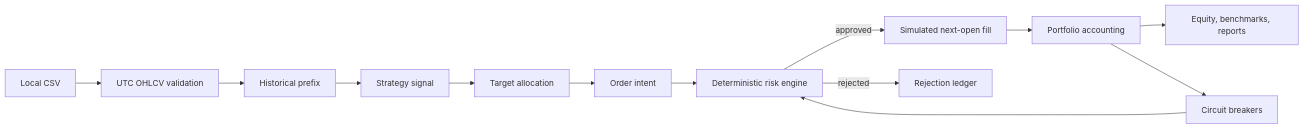
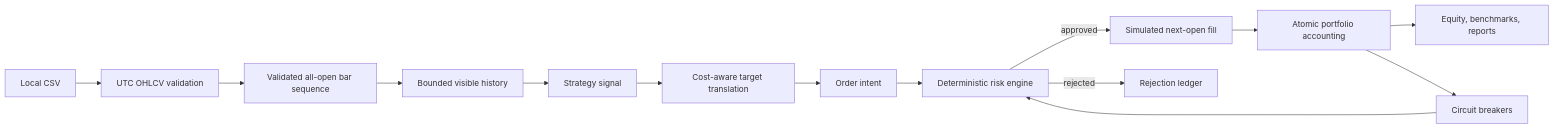
The second of 3 diagrams in docs/architecture.md (WaZaHaKa/trading-bot-lab), drawn with Mermaid before and after one commit. The commit also changed other lines of this file and 85 other files, not shown here.

````diff
--- a/docs/architecture.md
+++ b/docs/architecture.md
@@ -8,15 +26,16 @@
 ```mermaid
 flowchart LR
     A["Local CSV"] --> B["UTC OHLCV validation"]
-    B --> C["Historical prefix"]
-    C --> D["Strategy signal"]
-    D --> E["Target allocation"]
-    E --> F["Order intent"]
-    F --> G["Deterministic risk engine"]
-    G -->|"approved"| H["Simulated next-open fill"]
-    G -->|"rejected"| I["Rejection ledger"]
-    H --> J["Portfolio accounting"]
-    J --> K["Equity, benchmarks, reports"]
-    J --> L["Circuit breakers"]
-    L --> G
+    B --> C["Validated all-open bar sequence"]
+    C --> D["Bounded visible history"]
+    D --> E["Strategy signal"]
+    E --> F["Cost-aware target translation"]
+    F --> G["Order intent"]
+    G --> H["Deterministic risk engine"]
+    H -->|"approved"| I["Simulated next-open fill"]
+    H -->|"rejected"| J["Rejection ledger"]
+    I --> K["Atomic portfolio accounting"]
+    K --> L["Equity, benchmarks, reports"]
+    K --> M["Circuit breakers"]
+    M --> H
 ```
````
